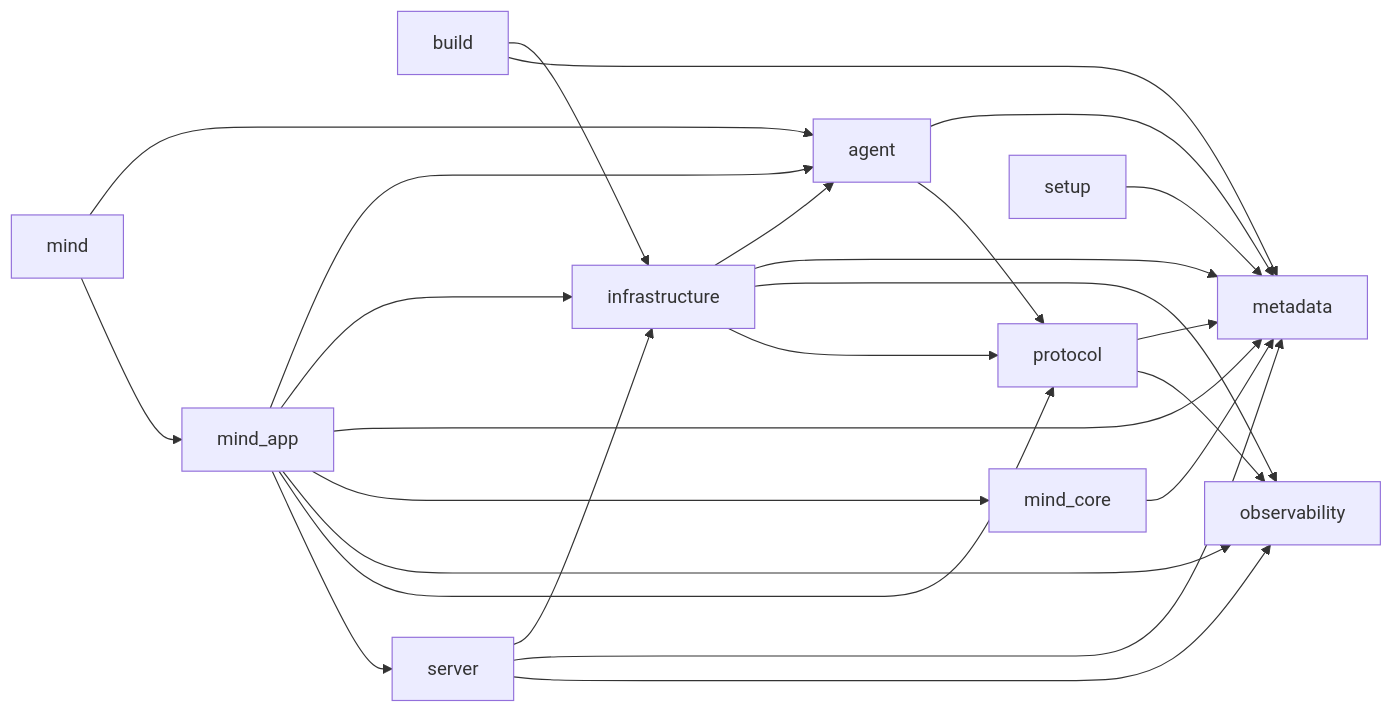
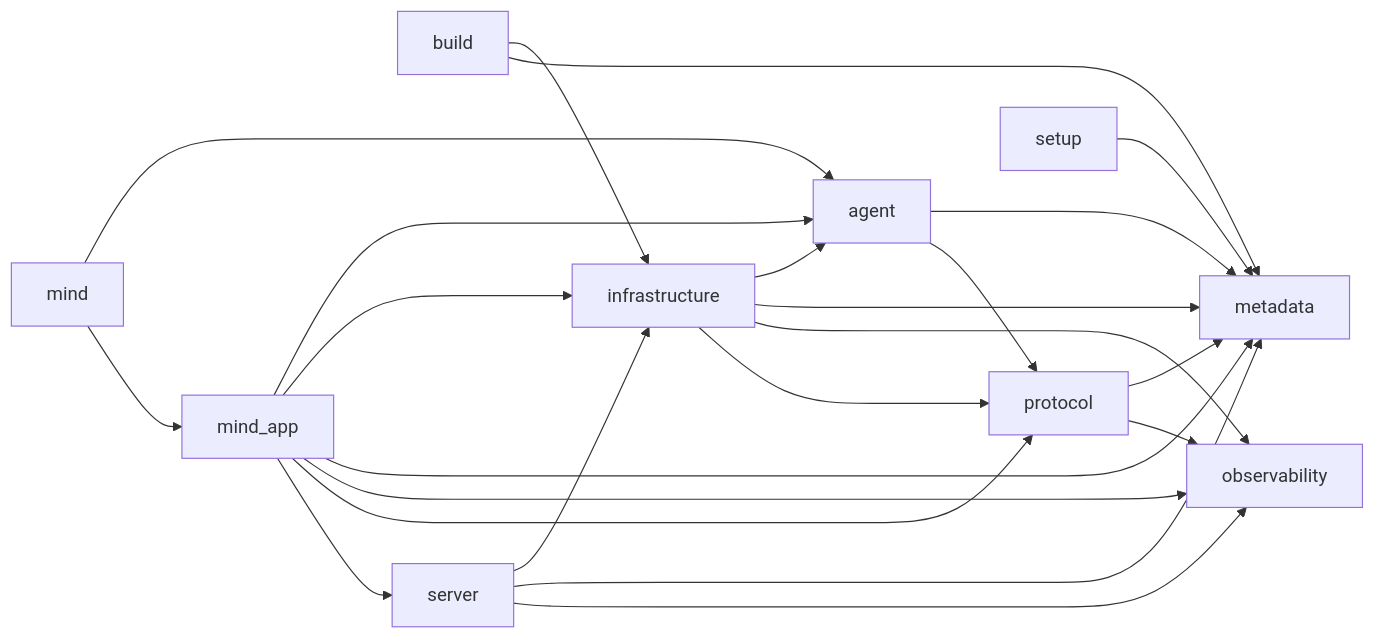
One commit to AxionixLabs/ProxyMind changed the diagram in AGENT_RUNTIME_IMPORT_GRAPH.md. Above: the diagram before and after it, drawn with Mermaid. The commit also changed other lines of this file and 44 other files, not shown here.

````diff
--- a/AGENT_RUNTIME_IMPORT_GRAPH.md
+++ b/AGENT_RUNTIME_IMPORT_GRAPH.md
@@ -15,27 +15,25 @@
 ```mermaid
 flowchart LR
     agent --> metadata
     agent --> protocol
     build --> infrastructure
     build --> metadata
     infrastructure --> agent
     infrastructure --> metadata
     infrastructure --> observability
     infrastructure --> protocol
     mind --> agent
     mind --> mind_app
     mind_app --> agent
     mind_app --> infrastructure
     mind_app --> metadata
-    mind_app --> mind_core
     mind_app --> observability
     mind_app --> protocol
     mind_app --> server
-    mind_core --> metadata
     protocol --> metadata
     protocol --> observability
     server --> infrastructure
     server --> metadata
     server --> observability
     setup --> metadata
 ```
````
